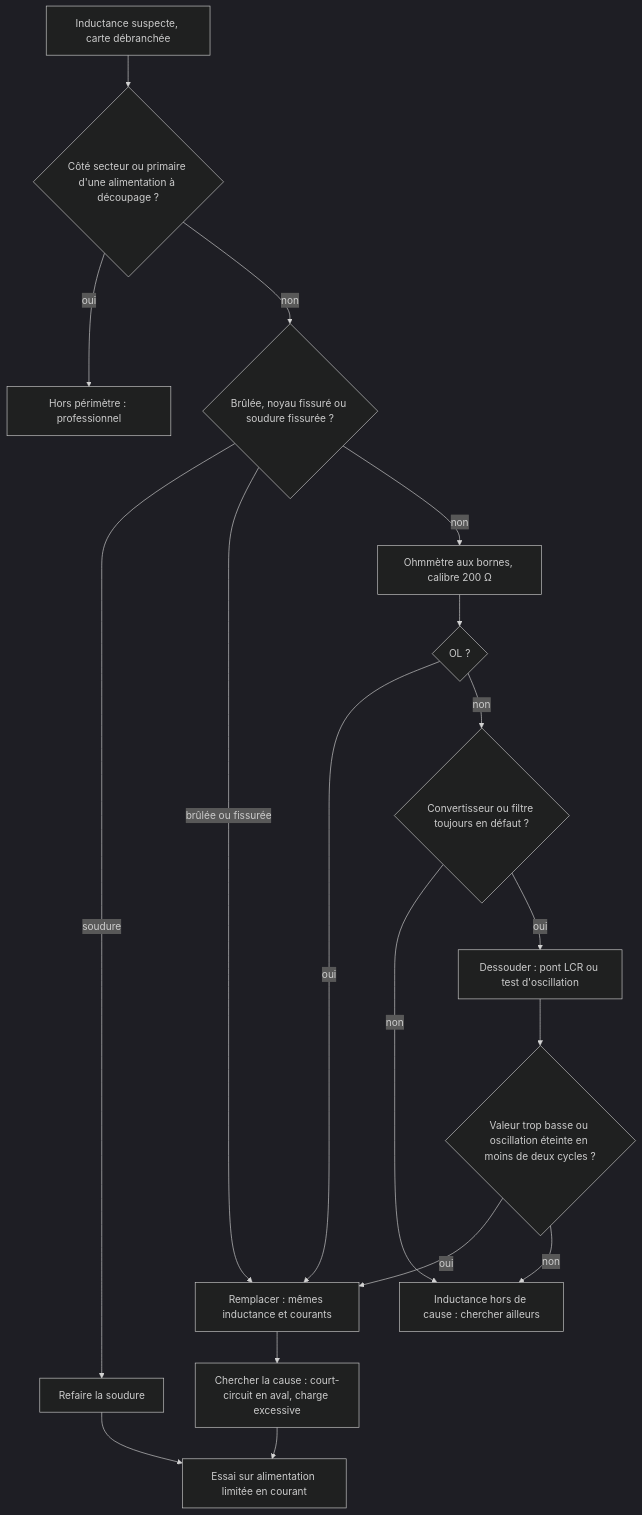
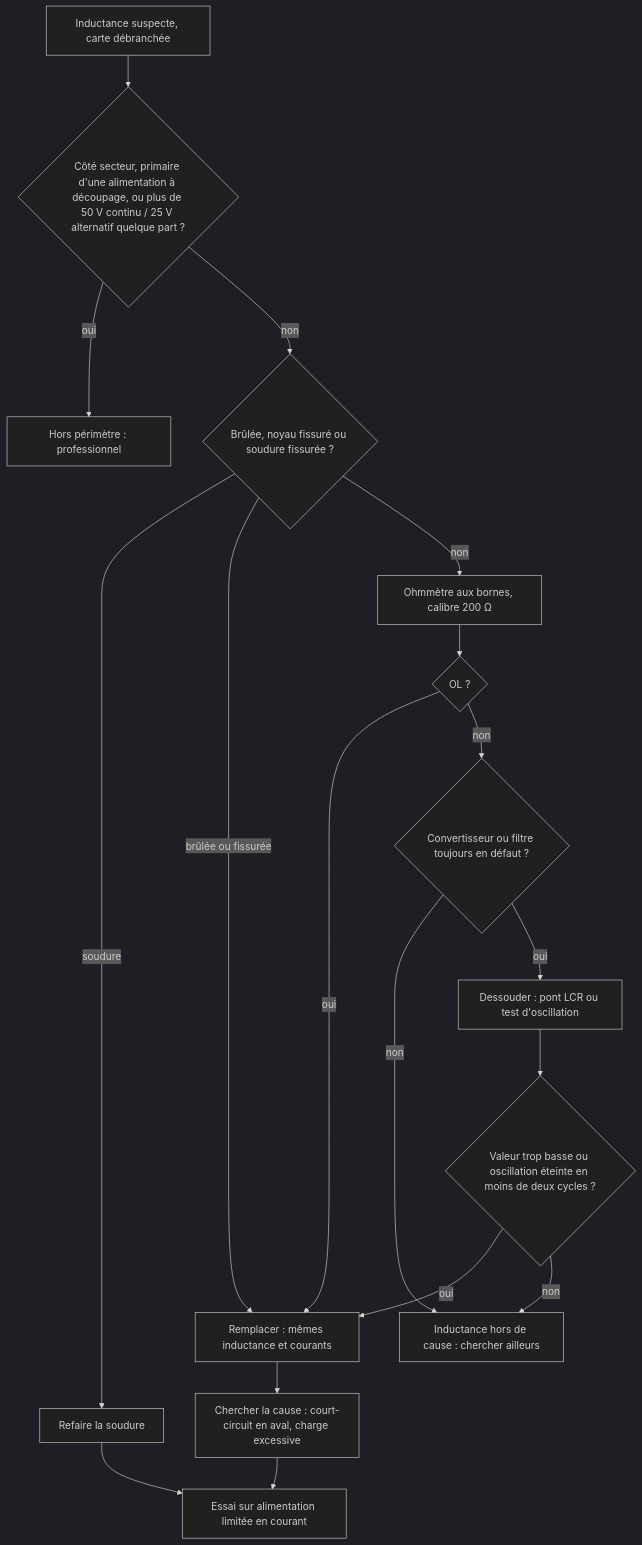
One commit to benoit-bremaud/ohm-sweet-ohm changed the diagram in troubleshooting/30_inductance/README.md. Above: the diagram before and after it, drawn with Mermaid (dark theme). The commit also changed other lines of this file and 11 other files, not shown here.

````diff
--- a/troubleshooting/30_inductance/README.md
+++ b/troubleshooting/30_inductance/README.md
@@ -119,20 +120,20 @@
 ```mermaid
 flowchart TD
-  A[Inductance suspecte, carte débranchée] --> B{Côté secteur ou primaire d'une alimentation à découpage ?}
+  A[Inductance suspecte, carte débranchée] --> B{Côté secteur, primaire d'une alimentation à découpage, ou plus de 50 V continu / 25 V alternatif quelque part ?}
   B -- oui --> C[Hors périmètre : professionnel]
   B -- non --> D{Brûlée, noyau fissuré ou soudure fissurée ?}
   D -- soudure --> E[Refaire la soudure]
   D -- brûlée ou fissurée --> R[Remplacer : mêmes inductance et courants]
   D -- non --> F[Ohmmètre aux bornes, calibre 200 Ω]
   F --> G{OL ?}
   G -- oui --> R
   G -- non --> H{Convertisseur ou filtre toujours en défaut ?}
   H -- non --> I[Inductance hors de cause : chercher ailleurs]
   H -- oui --> J[Dessouder : pont LCR ou test d'oscillation]
   J --> K{Valeur trop basse ou oscillation éteinte en moins de deux cycles ?}
   K -- oui --> R
   K -- non --> I
   R --> P[Chercher la cause : court-circuit en aval, charge excessive]
   E --> Q[Essai sur alimentation limitée en courant]
   P --> Q
 ```
````
